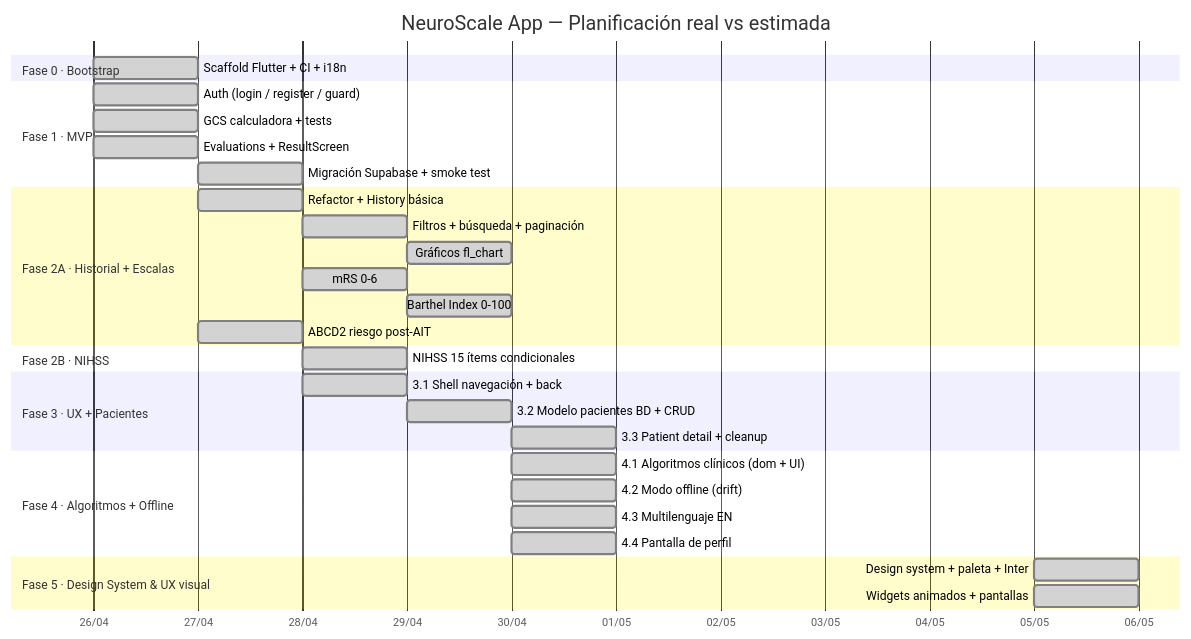
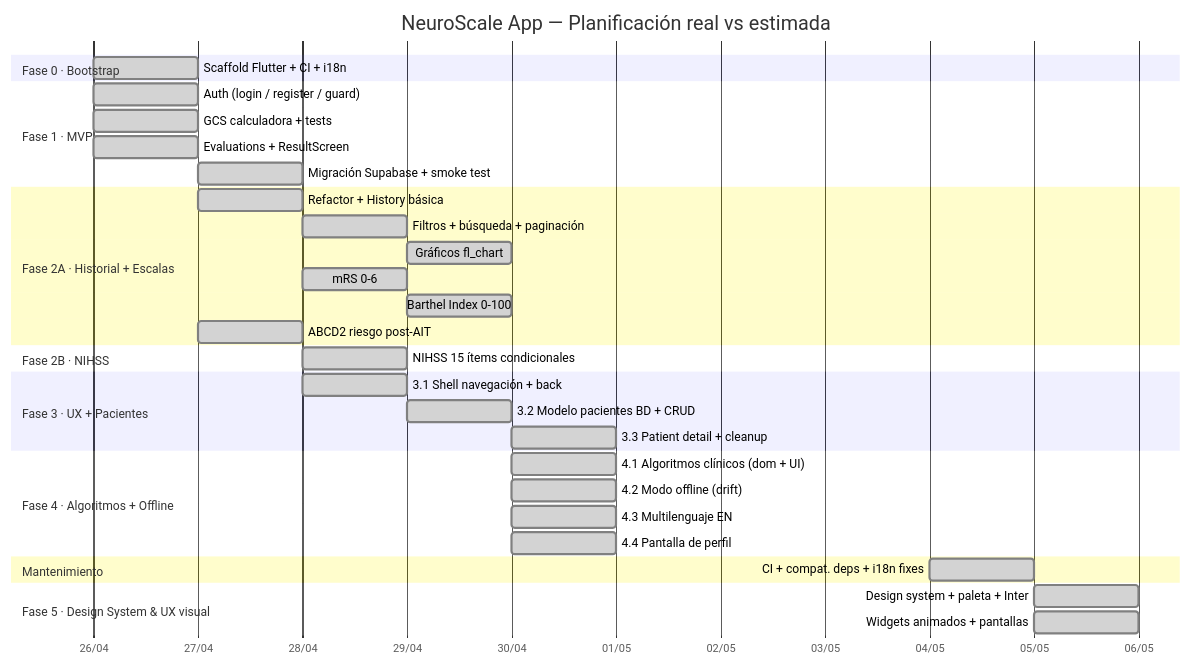
The diagram in README.md (grisllo/NeuroScaleApp), drawn with Mermaid before and after one commit. The commit also changed 7 other files, not shown here.

First line of the commit message:
fix(format): aplica dart format a 7 archivos de Fase 5 + actualiza Gantt

````diff
--- a/README.md
+++ b/README.md
@@ -13,41 +13,44 @@
 ```mermaid
 gantt
     title NeuroScale App — Planificación real vs estimada
     dateFormat  YYYY-MM-DD
     axisFormat  %d/%m
 
     section Fase 0 · Bootstrap
     Scaffold Flutter + CI + i18n       :done, f0,  2026-04-26, 1d
 
     section Fase 1 · MVP
     Auth (login / register / guard)    :done, f1a, 2026-04-26, 1d
     GCS calculadora + tests            :done, f1b, 2026-04-26, 1d
     Evaluations + ResultScreen         :done, f1c, 2026-04-26, 1d
     Migración Supabase + smoke test    :done, f1d, 2026-04-27, 1d
 
     section Fase 2A · Historial + Escalas
     Refactor + History básica          :done, f2a1, 2026-04-27, 1d
     Filtros + búsqueda + paginación    :done, f2a2, after f2a1, 1d
     Gráficos fl_chart                  :done, f2a3, after f2a2, 1d
     mRS 0-6                            :done, f2a4, after f2a1, 1d
     Barthel Index 0-100                :done, f2a5, after f2a4, 1d
     ABCD2 riesgo post-AIT              :done, f2a6, 2026-04-27, 1d
 
     section Fase 2B · NIHSS
     NIHSS 15 ítems condicionales       :done, f2b, 2026-04-28, 1d
 
     section Fase 3 · UX + Pacientes
     3.1 Shell navegación + back         :done, f3a, 2026-04-28, 1d
     3.2 Modelo pacientes BD + CRUD      :done, f3b, 2026-04-29, 1d
     3.3 Patient detail + cleanup        :done, f3c, 2026-04-30, 1d
 
     section Fase 4 · Algoritmos + Offline
     4.1 Algoritmos clínicos (dom + UI)  :done, f4a, 2026-04-30, 1d
     4.2 Modo offline (drift)            :done, f4b, 2026-04-30, 1d
     4.3 Multilenguaje EN                :done, f4c, 2026-04-30, 1d
     4.4 Pantalla de perfil              :done, f4d, 2026-04-30, 1d
 
+    section Mantenimiento
+    CI + compat. deps + i18n fixes      :done, mnt, 2026-05-04, 1d
+
     section Fase 5 · Design System & UX visual
     Design system + paleta + Inter      :done, f5a, 2026-05-05, 1d
     Widgets animados + pantallas        :done, f5b, 2026-05-05, 1d
 ```
````
